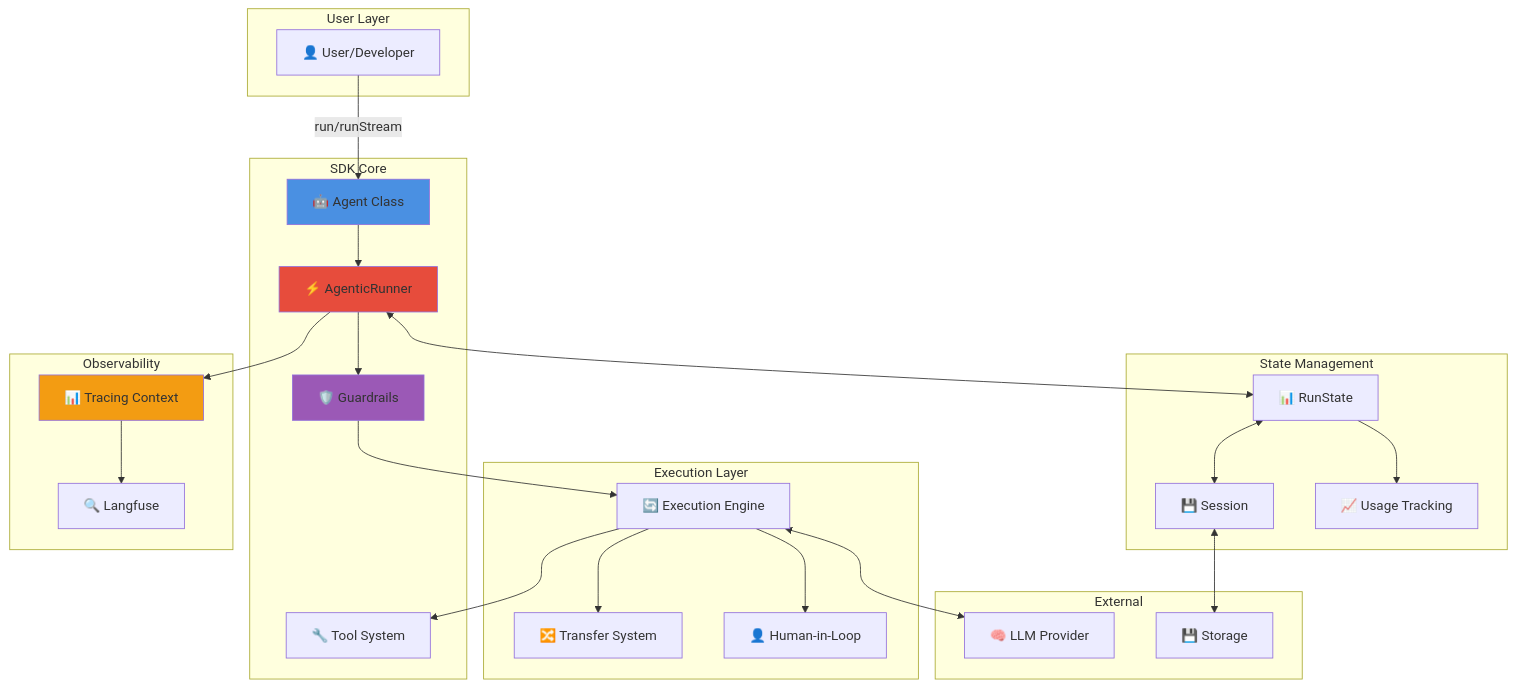
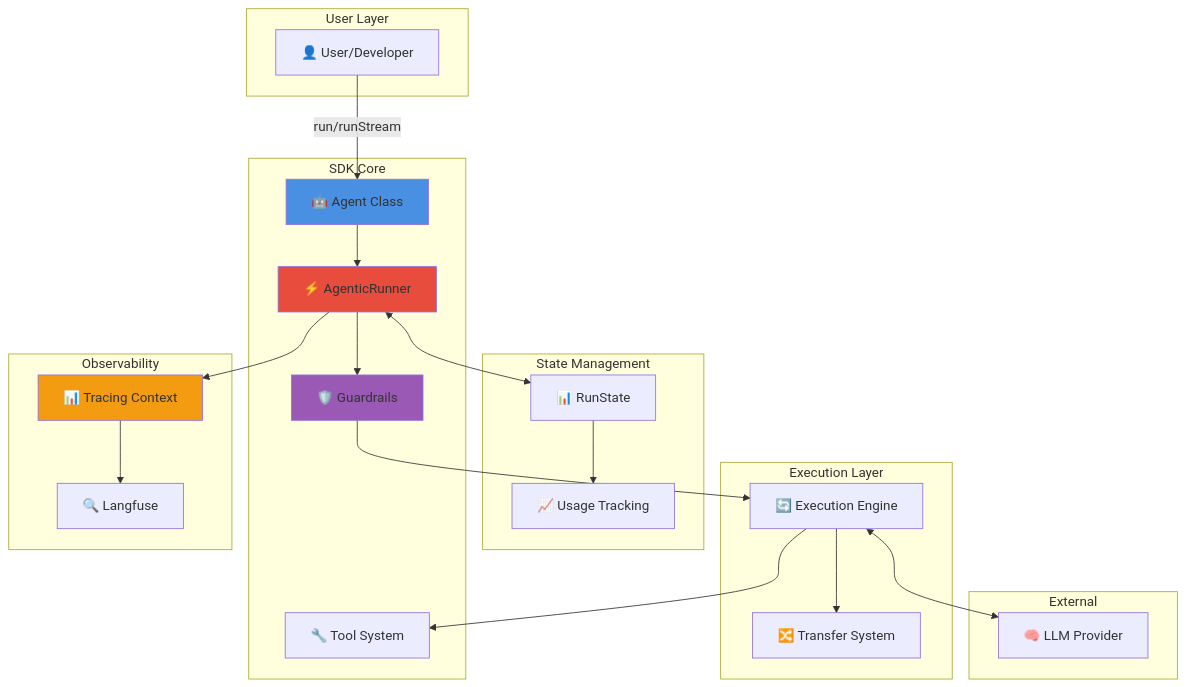
One commit to tawk/tawk-agents-sdk changed the first of 13 diagrams in docs/reference/COMPLETE_ARCHITECTURE.md. Above: the diagram before and after it, drawn with Mermaid. The commit also changed other lines of this file and 20 other files, not shown here.

````diff
--- a/docs/reference/COMPLETE_ARCHITECTURE.md
+++ b/docs/reference/COMPLETE_ARCHITECTURE.md
@@ -25,58 +24,52 @@
 ```mermaid
 graph TB
     subgraph "User Layer"
         User[👤 User/Developer]
     end
     
     subgraph "SDK Core"
         Agent[🤖 Agent Class]
         Runner[⚡ AgenticRunner]
         Tools[🔧 Tool System]
         Guards[🛡️ Guardrails]
     end
     
     subgraph "State Management"
         RunState[📊 RunState]
-        Session[💾 Session]
         Usage[📈 Usage Tracking]
     end
-    
+
     subgraph "Execution Layer"
         Exec[🔄 Execution Engine]
         Transfer[🔀 Transfer System]
-        HITL[👤 Human-in-Loop]
     end
     
     subgraph "Observability"
         Trace[📊 Tracing Context]
         Langfuse[🔍 Langfuse]
     end
     
     subgraph "External"
         LLM[🧠 LLM Provider]
-        Storage[💾 Storage]
     end
-    
+
     User -->|run/runStream| Agent
     Agent --> Runner
     Runner --> Guards
     Guards --> Exec
     Exec --> Tools
     Exec --> Transfer
-    Exec --> HITL
-    
+
     Runner <--> RunState
-    RunState <--> Session
     RunState --> Usage
-    
+
     Runner --> Trace
     Trace --> Langfuse
-    
+
     Exec <--> LLM
-    Session <--> Storage
-    
+
     style Agent fill:#4a90e2
     style Runner fill:#e74c3c
     style Guards fill:#9b59b6
     style Trace fill:#f39c12
 ```
````
